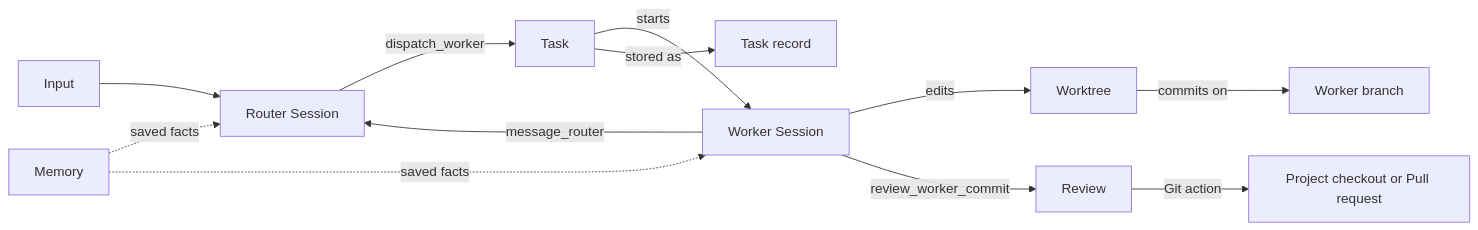
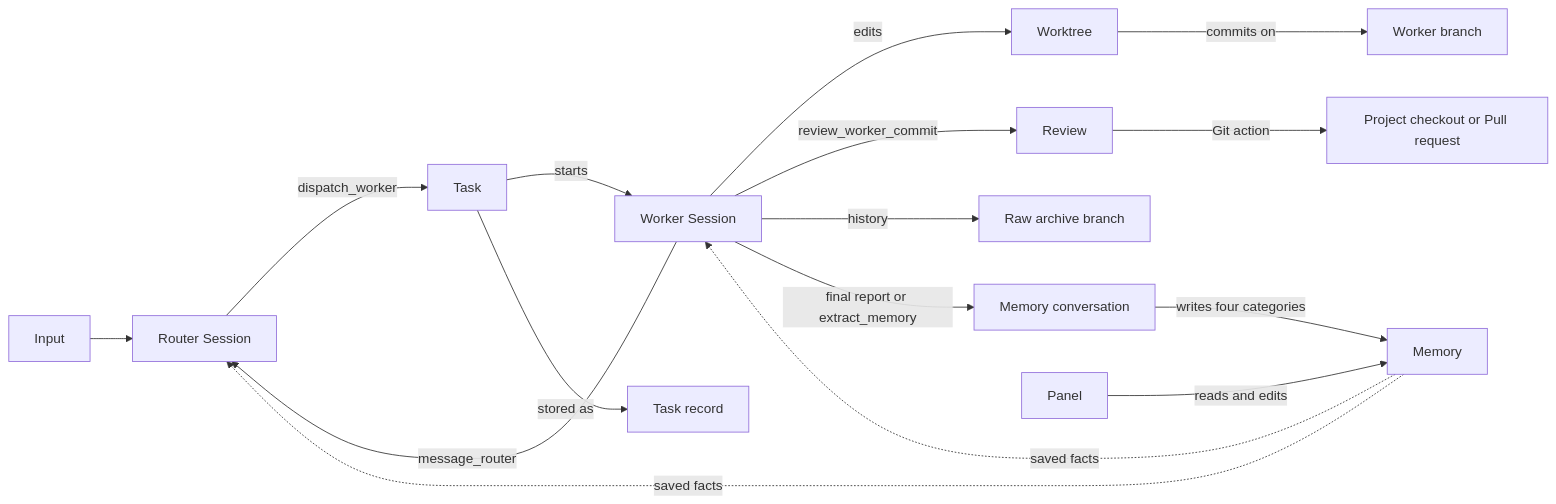
Before and after one commit to LMQ00/superagent-lite: the diagram in docs/001-domain.md, drawn with Mermaid. The commit also changed other lines of this file and 26 other files, not shown here.

````diff
--- a/docs/001-domain.md
+++ b/docs/001-domain.md
@@ -9,14 +9,18 @@
 ```mermaid
 flowchart LR
   I[Input] --> R[Router Session]
   R -->|dispatch_worker| T[Task]
   T -->|starts| W[Worker Session]
   W -->|edits| WT[Worktree]
   WT -->|commits on| B[Worker branch]
   W -->|review_worker_commit| V[Review]
   W -->|message_router| R
   V -->|Git action| G[Project checkout or Pull request]
   T -->|stored as| D[Task record]
-  M[Memory] -.->|saved facts| R
+  W -->|history| A[Raw archive branch]
+  W -->|final report or extract_memory| X[Memory conversation]
+  X -->|writes four categories| M[Memory]
+  M -.->|saved facts| R
   M -.->|saved facts| W
+  P[Panel] -->|reads and edits| M
 ```
````
